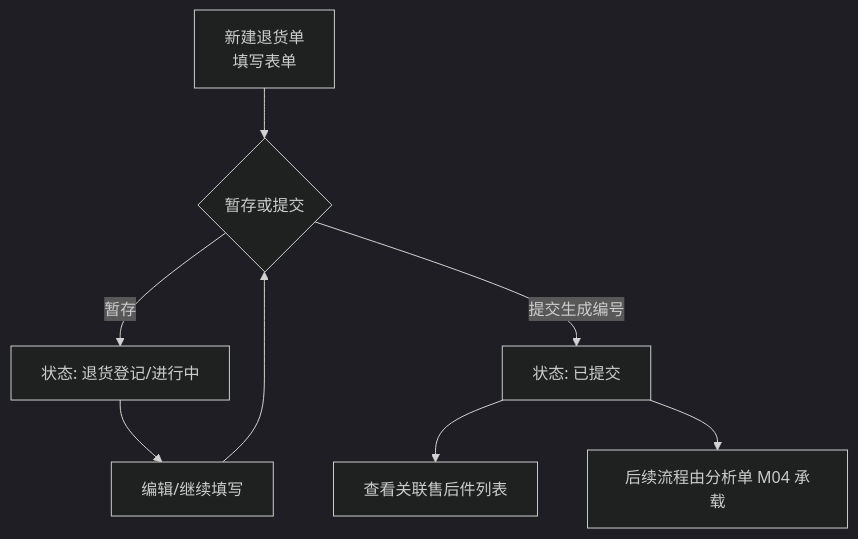
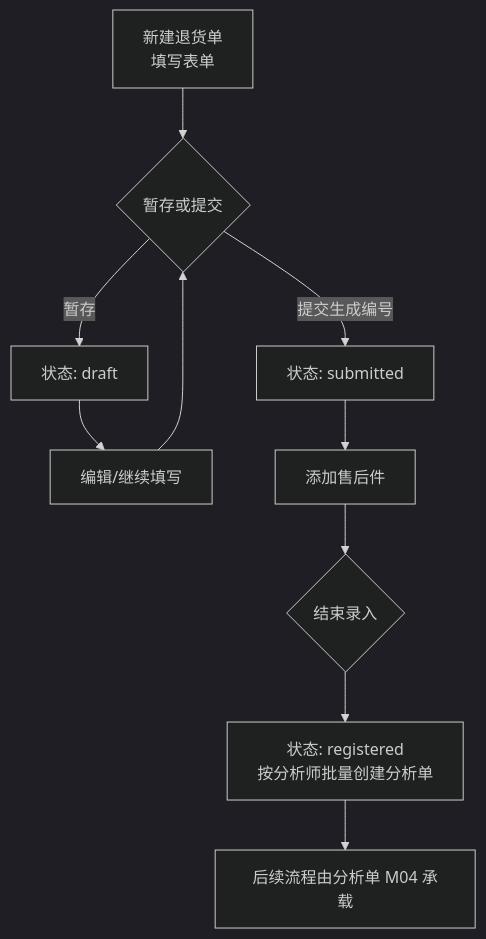
One commit to xvfeiran/wfam-doc changed the fourth of 16 diagrams in 01-设计文档/开发设计文档.md. Above: the diagram before and after it, drawn with Mermaid (dark theme). The commit also changed other lines of this file and 1 other file, not shown here.

````diff
--- a/01-设计文档/开发设计文档.md
+++ b/01-设计文档/开发设计文档.md
@@ -377,11 +392,14 @@
 ```mermaid
 flowchart TD
     Create[新建退货单
     填写表单] --> Choice{暂存或提交}
-    Choice -->|暂存| Draft[状态: 退货登记/进行中]
+    Choice -->|暂存| Draft[状态: draft]
     Draft --> Edit[编辑/继续填写]
     Edit --> Choice
-    Choice -->|提交生成编号| Submitted[状态: 已提交]
-    Submitted --> ViewParts[查看关联售后件列表]
-    Submitted --> Done[后续流程由分析单 M04 承载]
+    Choice -->|提交生成编号| Submitted[状态: submitted]
+    Submitted --> AddParts[添加售后件]
+    AddParts --> EndEntry{结束录入}
+    EndEntry --> Registered[状态: registered
+    按分析师批量创建分析单]
+    Registered --> AnalysisFlow[后续流程由分析单 M04 承载]
 ```
````
